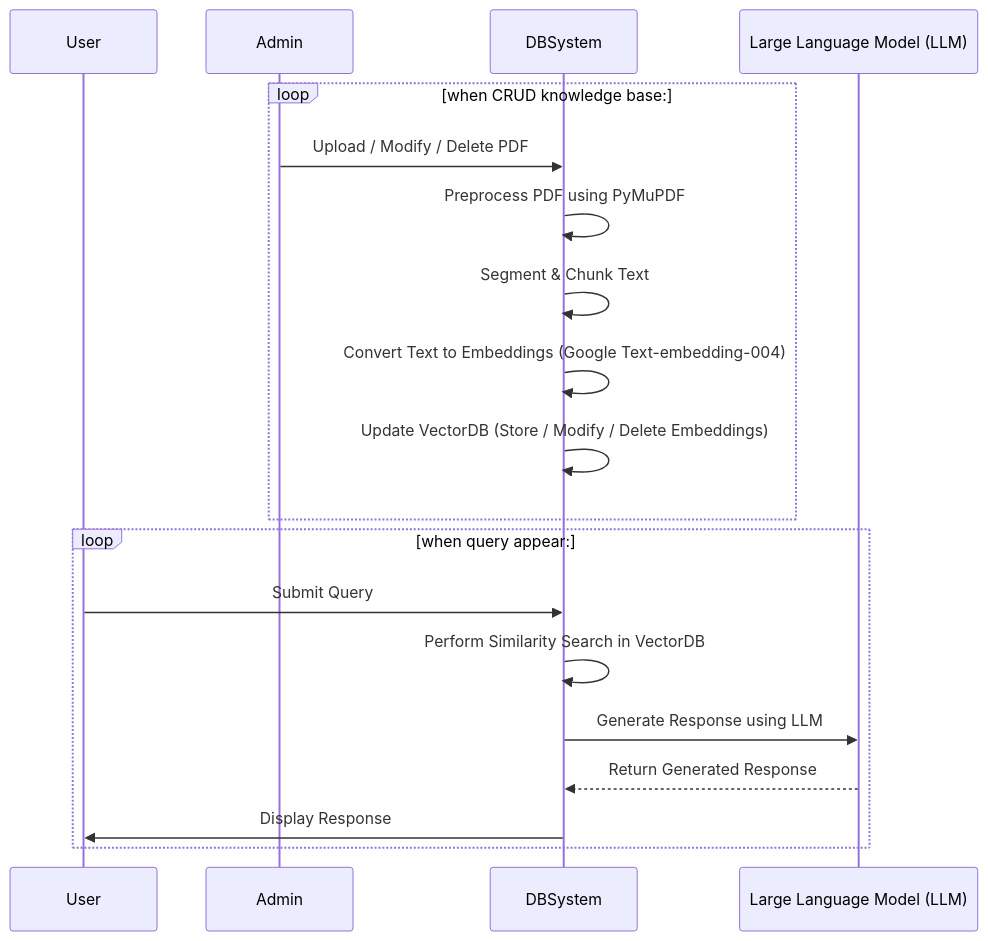
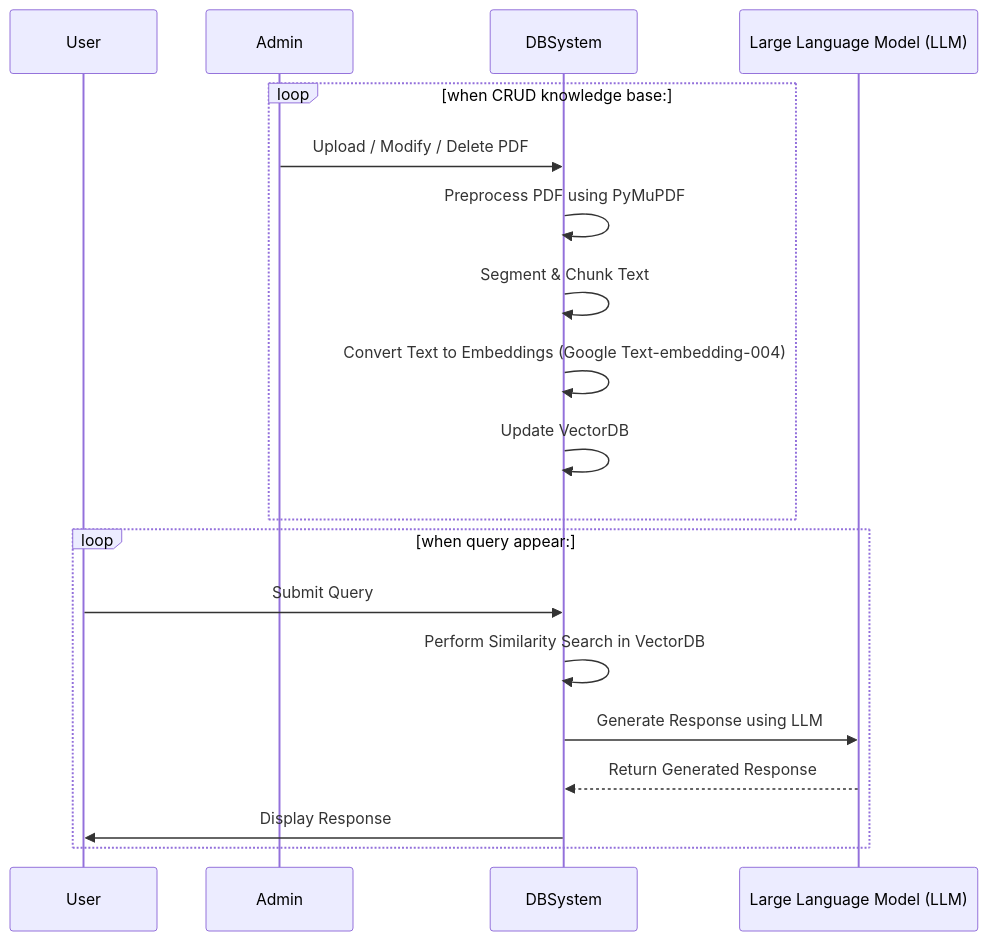
One commit to VOX304/UniChatbot changed the first of 2 diagrams in Week1_doc/FirstWeek.md. Above: the diagram before and after it, drawn with Mermaid.

````diff
--- a/Week1_doc/FirstWeek.md
+++ b/Week1_doc/FirstWeek.md
@@ -57,39 +57,39 @@
 ```mermaid
 sequenceDiagram
 
 participant  User  as  User
 
 participant  Admin  as  Admin
 
 participant  System  as  DBSystem
 
 participant  LLM  as  Large  Language  Model (LLM)
 
 loop  when  CRUD  knowledge  base:
 
 Admin  ->>  System: Upload / Modify / Delete PDF
 
 System  ->>  System: Preprocess PDF using PyMuPDF
 
 System  ->>  System: Segment & Chunk Text
 
 System  ->>  System: Convert Text to Embeddings (Google Text-embedding-004)
 
-System  ->>  System: Update VectorDB (Store / Modify / Delete Embeddings)
+System  ->>  System: Update VectorDB 
 
 end
 
 loop  when  query  appear:
 
 User  ->>  System: Submit Query
 
 System  ->>  System: Perform Similarity Search in VectorDB
 
 System  ->>  LLM: Generate Response using LLM
 
 LLM  -->>  System: Return Generated Response
 
 System  ->>  User: Display Response
 
 end
  ```
````
